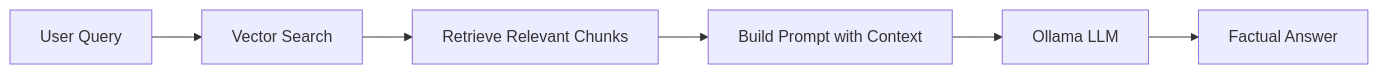
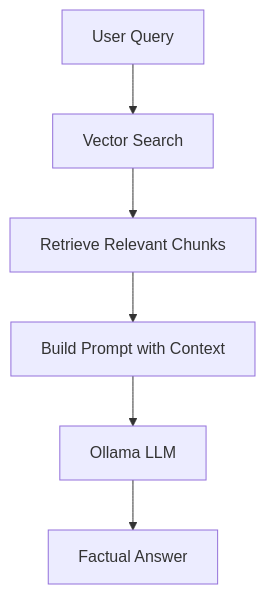
Before and after one commit to Furba2/Obsidian: the first of 7 diagrams in Vector_db/Chapter_6.md, drawn with Mermaid. The commit also changed other lines of this file and 11 other files, not shown here.

````diff
--- a/Vector_db/Chapter_6.md
+++ b/Vector_db/Chapter_6.md
@@ -18,8 +9,8 @@
 ```mermaid
-graph LR
+graph TD
     A[User Query] --> B[Vector Search]
     B --> C[Retrieve Relevant Chunks]
     C --> D[Build Prompt with Context]
     D --> E[Ollama LLM]
     E --> F[Factual Answer]
 ```
````
